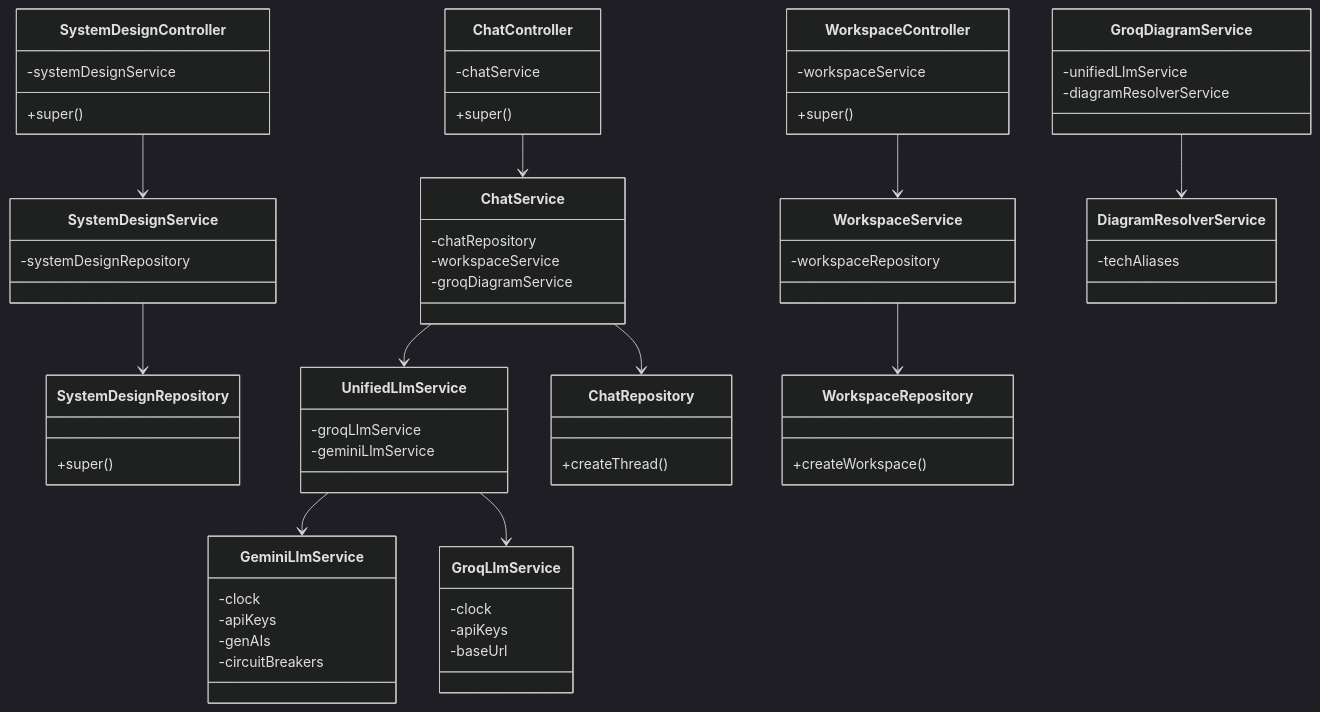
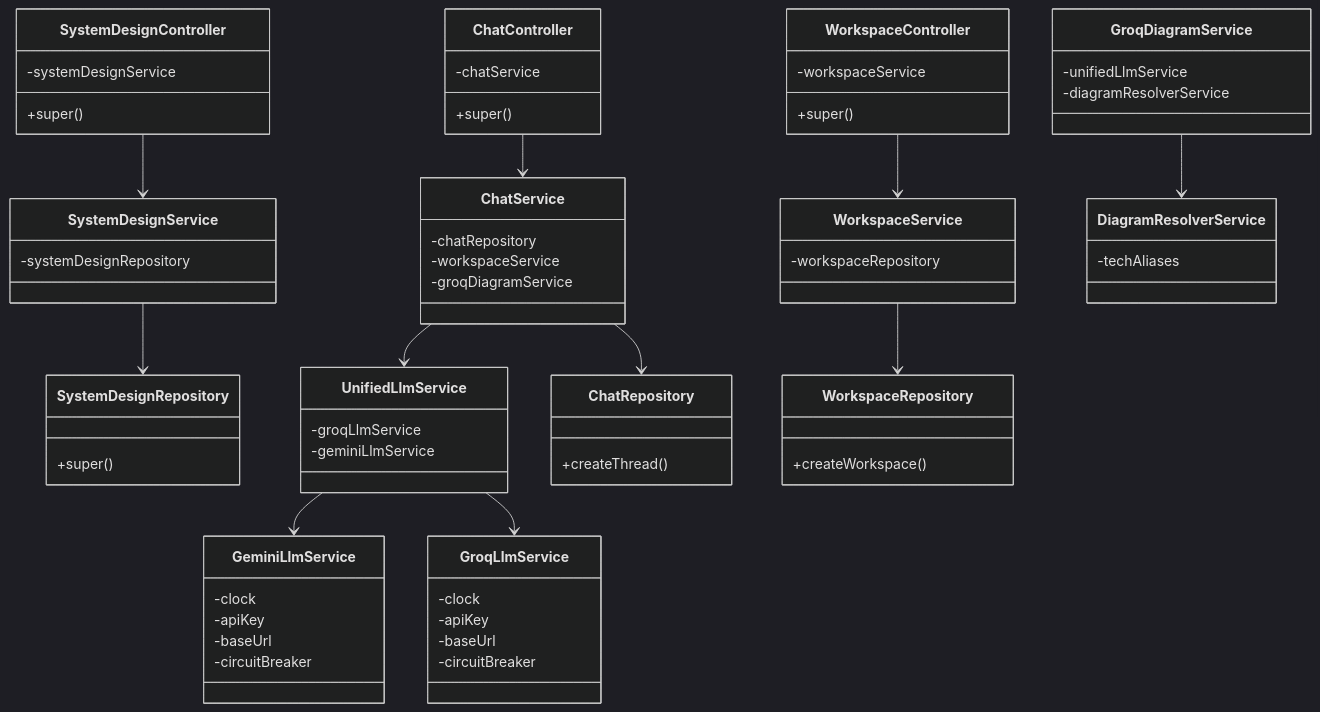
The fifth of 7 diagrams in class_diagram.md (phero20/coding_arena), drawn with Mermaid (dark theme) before and after one commit. The commit also changed other lines of this file and 28 other files, not shown here.

````diff
--- a/class_diagram.md
+++ b/class_diagram.md
@@ -316,69 +316,70 @@
 ```mermaid
 classDiagram
     class SystemDesignController {
         -systemDesignService
         +super()
     }
     class SystemDesignService {
         -systemDesignRepository
     }
     class SystemDesignRepository {
         +super()
     }
     class ChatController {
         -chatService
         +super()
     }
     class ChatService {
         -chatRepository
         -workspaceService
         -groqDiagramService
     }
     class ChatRepository {
         +createThread()
     }
     class WorkspaceController {
         -workspaceService
         +super()
     }
     class WorkspaceService {
         -workspaceRepository
     }
     class WorkspaceRepository {
         +createWorkspace()
     }
     class DiagramResolverService {
         -techAliases
     }
     class GeminiLlmService {
         -clock
-        -apiKeys
-        -genAIs
-        -circuitBreakers
+        -apiKey
+        -baseUrl
+        -circuitBreaker
     }
     class GroqDiagramService {
         -unifiedLlmService
         -diagramResolverService
     }
     class GroqLlmService {
         -clock
-        -apiKeys
+        -apiKey
         -baseUrl
+        -circuitBreaker
     }
     class UnifiedLlmService {
         -groqLlmService
         -geminiLlmService
     }
 
     %% Relationships
     SystemDesignController --> SystemDesignService
     WorkspaceController --> WorkspaceService
     ChatController --> ChatService
     ChatService --> UnifiedLlmService
     ChatService --> ChatRepository
     UnifiedLlmService --> GeminiLlmService
     UnifiedLlmService --> GroqLlmService
     GroqDiagramService --> DiagramResolverService
     SystemDesignService --> SystemDesignRepository
     WorkspaceService --> WorkspaceRepository
 ```
````
